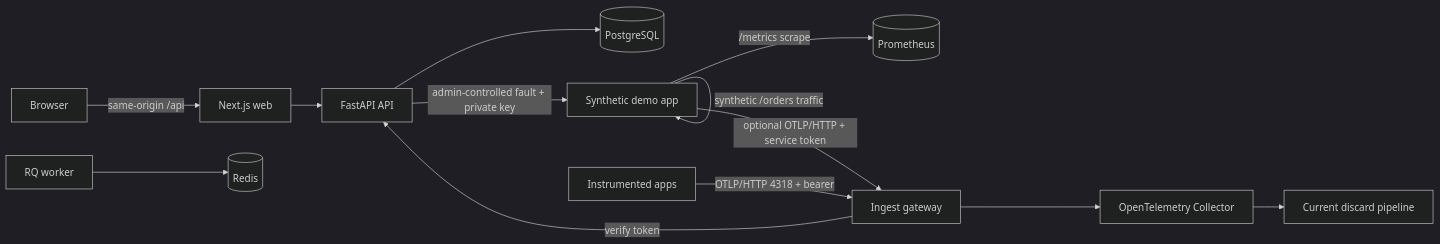
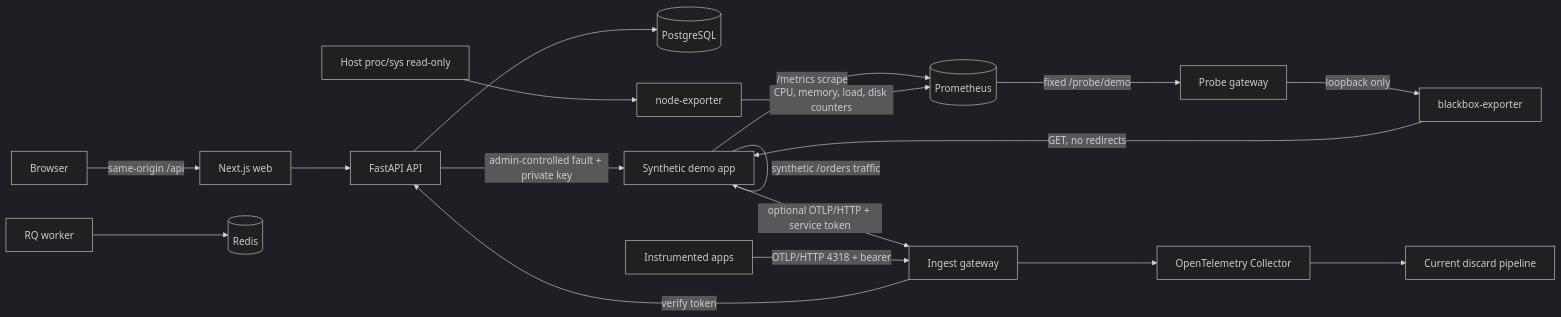
Before and after one commit to uditaswal/OpsDetective: the diagram in docs/architecture.md, drawn with Mermaid (dark theme). The commit also changed other lines of this file and 6 other files, not shown here.

````diff
--- a/docs/architecture.md
+++ b/docs/architecture.md
@@ -5,15 +5,20 @@
 ```mermaid
 flowchart LR
   Browser -->|same-origin /api| Web[Next.js web]
   Web --> API[FastAPI API]
   API --> PG[(PostgreSQL)]
   Worker[RQ worker] --> Redis[(Redis)]
   Demo[Synthetic demo app] -->|/metrics scrape| Prom[(Prometheus)]
+  Host[Host proc/sys read-only] --> Node[node-exporter]
+  Node -->|CPU, memory, load, disk counters| Prom
+  Prom -->|fixed /probe/demo| Probe[Probe gateway]
+  Probe -->|loopback only| Blackbox[blackbox-exporter]
+  Blackbox -->|GET, no redirects| Demo
   Demo -->|synthetic /orders traffic| Demo
   API -->|admin-controlled fault + private key| Demo
   Demo -->|optional OTLP/HTTP + service token| Gateway
   Instrumented[Instrumented apps] -->|OTLP/HTTP 4318 + bearer| Gateway[Ingest gateway]
   Gateway -->|verify token| API
   Gateway --> Collector[OpenTelemetry Collector]
   Collector --> Nop[Current discard pipeline]
 ```
````
